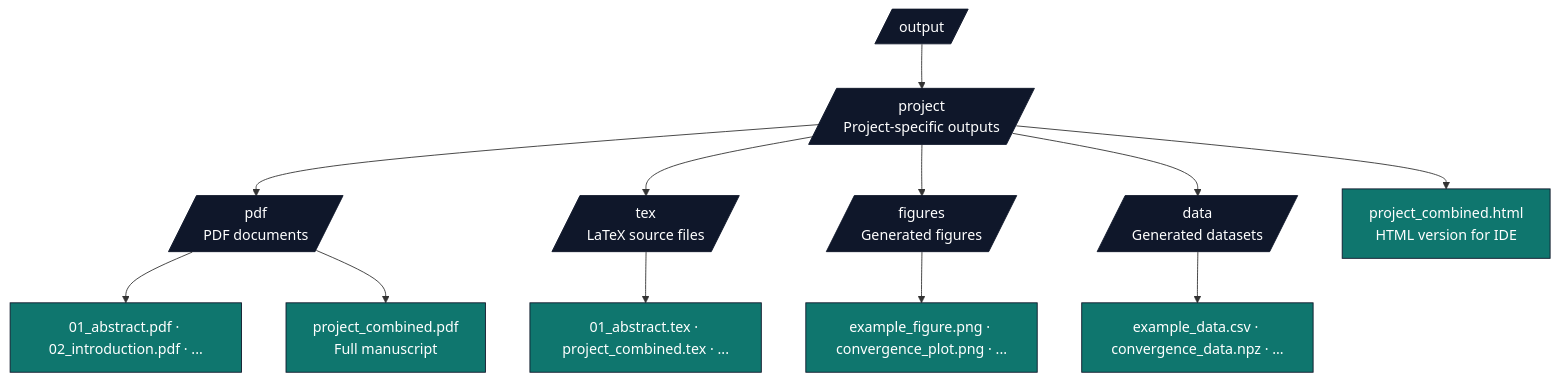
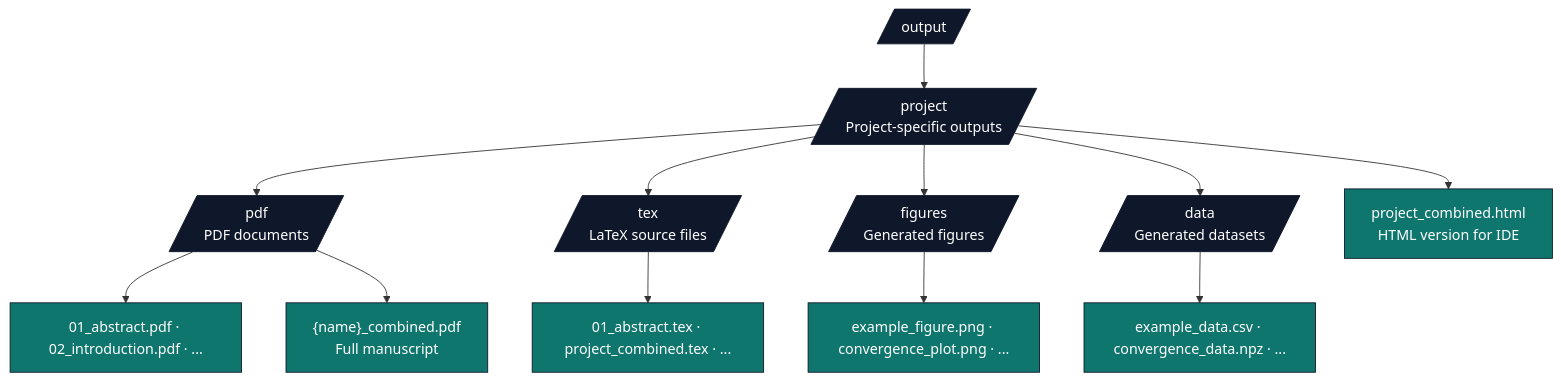
Before and after one commit to docxology/template: the fourth of 4 diagrams in AGENTS.md, drawn with Mermaid. The commit also changed other lines of this file and 488 other files, not shown here.

````diff
--- a/AGENTS.md
+++ b/AGENTS.md
@@ -875,24 +875,24 @@
 ```mermaid
 flowchart TB
     OUT[/output/]
     OUT --> P[/project<br/>Project-specific outputs/]
     P --> PDF[/pdf<br/>PDF documents/]
     P --> TEX[/tex<br/>LaTeX source files/]
     P --> FIG[/figures<br/>Generated figures/]
     P --> DATA[/data<br/>Generated datasets/]
     P --> HTML[project_combined.html<br/>HTML version for IDE]
 
     PDF --> PDF_SECT[01_abstract.pdf · 02_introduction.pdf · ...]
-    PDF --> PDF_COMB[project_combined.pdf<br/>Full manuscript]
+    PDF --> PDF_COMB["{name}_combined.pdf<br/>Full manuscript"]
 
     TEX --> TEX_FILES[01_abstract.tex · project_combined.tex · ...]
 
     FIG --> FIG_FILES[example_figure.png · convergence_plot.png · ...]
 
     DATA --> DATA_FILES[example_data.csv · convergence_data.npz · ...]
 
     classDef d fill:#0f172a,stroke:#0f172a,color:#fff
     classDef f fill:#0f766e,stroke:#0f172a,color:#fff
     class OUT,P,PDF,TEX,FIG,DATA d
     class PDF_SECT,PDF_COMB,TEX_FILES,FIG_FILES,DATA_FILES,HTML f
 ```
````
